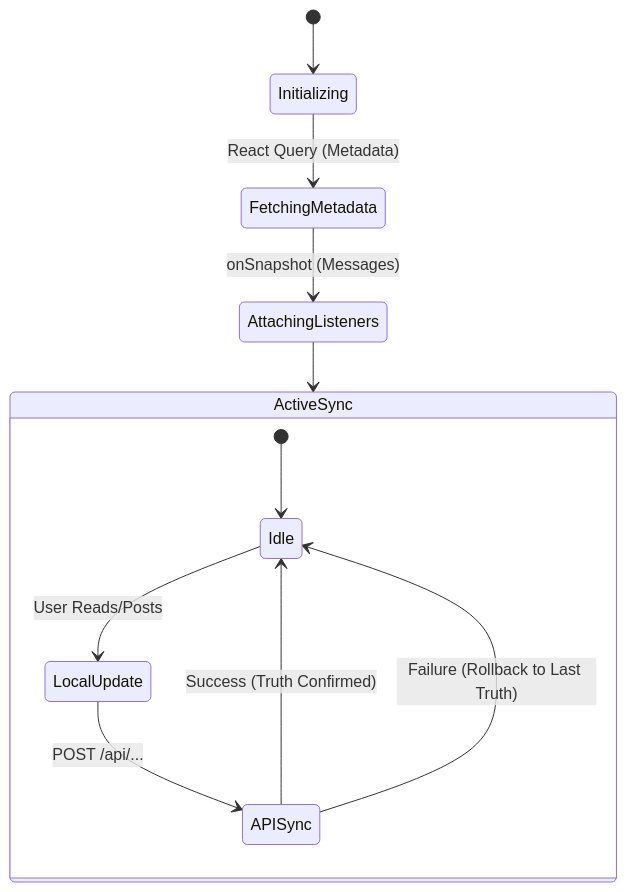
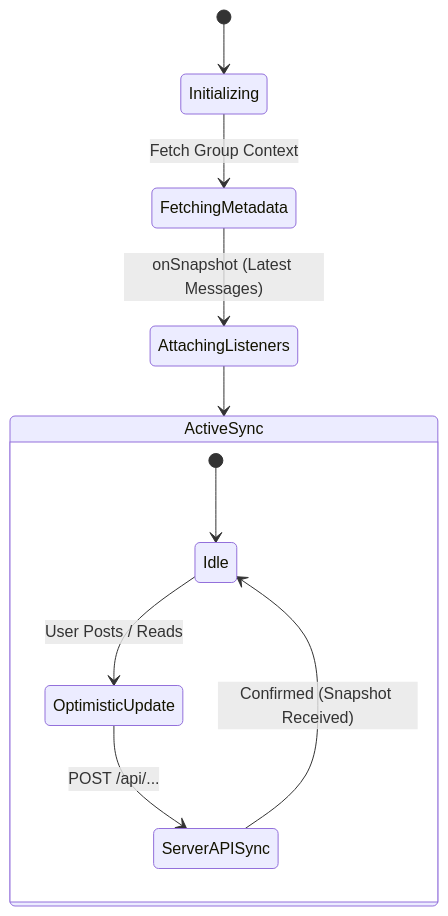
Before and after one commit to ScriptureHabit/scripture-habit: the diagram in docs/feature-chat-dashboard.md, drawn with Mermaid. The commit also changed other lines of this file and 11 other files, not shown here.

````diff
--- a/docs/feature-chat-dashboard.md
+++ b/docs/feature-chat-dashboard.md
@@ -47,15 +11,14 @@
 ```mermaid
 stateDiagram-v2
     [*] --> Initializing
-    Initializing --> FetchingMetadata: React Query (Metadata)
-    FetchingMetadata --> AttachingListeners: onSnapshot (Messages)
+    Initializing --> FetchingMetadata: Fetch Group Context
+    FetchingMetadata --> AttachingListeners: onSnapshot (Latest Messages)
     AttachingListeners --> ActiveSync
     
     state ActiveSync {
         [*] --> Idle
-        Idle --> LocalUpdate: User Reads/Posts
-        LocalUpdate --> APISync: POST /api/...
-        APISync --> Idle: Success (Truth Confirmed)
-        APISync --> Idle: Failure (Rollback to Last Truth)
+        Idle --> OptimisticUpdate: User Posts / Reads
+        OptimisticUpdate --> ServerAPISync: POST /api/...
+        ServerAPISync --> Idle: Confirmed (Snapshot Received)
     }
 ```
````
